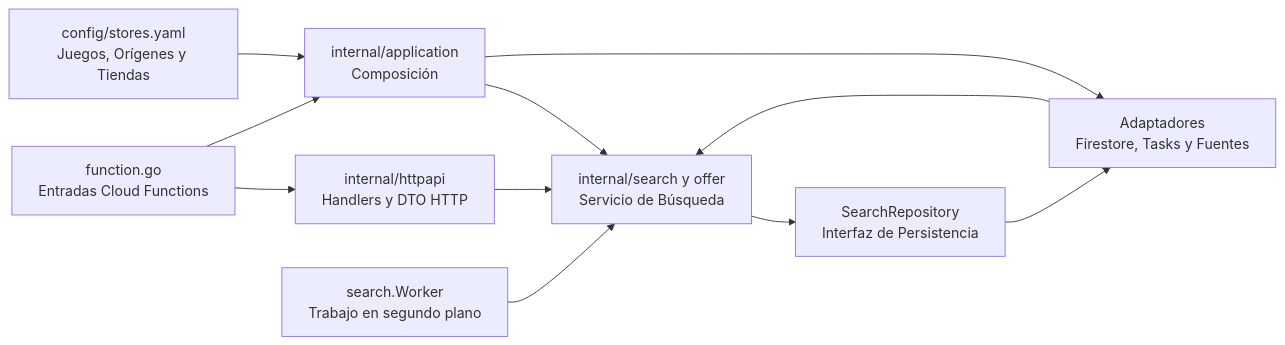
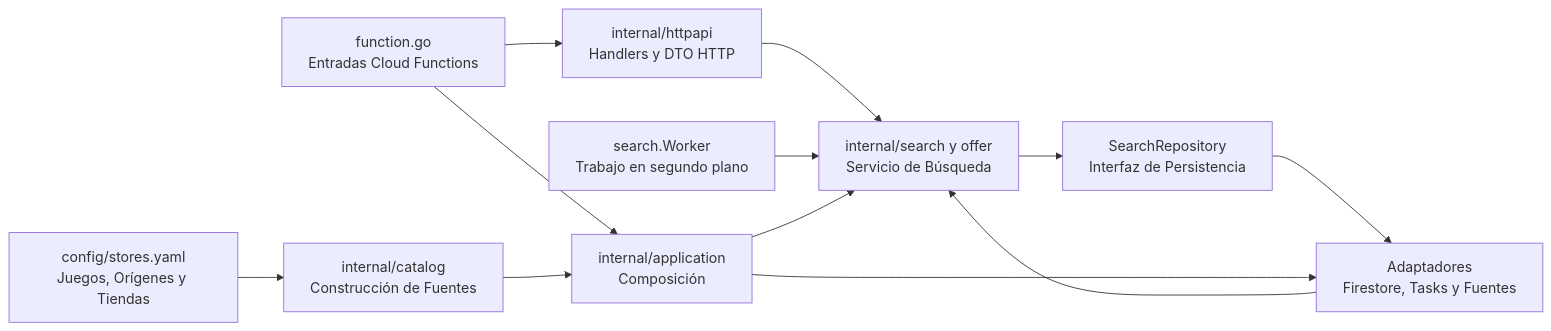
Before and after one commit to metaliaw/muchi: the second of 2 diagrams in backend/docs/arquitectura.md, drawn with Mermaid. The commit also changed other lines of this file and 3 other files, not shown here.

````diff
--- a/backend/docs/arquitectura.md
+++ b/backend/docs/arquitectura.md
@@ -135,22 +135,24 @@
 ```mermaid
 flowchart LR
     function[function.go<br/>Entradas Cloud Functions]
     transport[internal/httpapi<br/>Handlers y DTO HTTP]
     application[internal/application<br/>Composición]
+    catalog[internal/catalog<br/>Construcción de Fuentes]
     domain[internal/search y offer<br/>Servicio de Búsqueda]
     repository[SearchRepository<br/>Interfaz de Persistencia]
     worker[search.Worker<br/>Trabajo en segundo plano]
     config[config/stores.yaml<br/>Juegos, Orígenes y Tiendas]
     adapters[Adaptadores<br/>Firestore, Tasks y Fuentes]
 
     function --> transport
     function --> application
     transport --> domain
     worker --> domain
     domain --> repository
     repository --> adapters
-    config --> application
+    config --> catalog
+    catalog --> application
     application --> domain
     application --> adapters
     adapters --> domain
 ```
````
